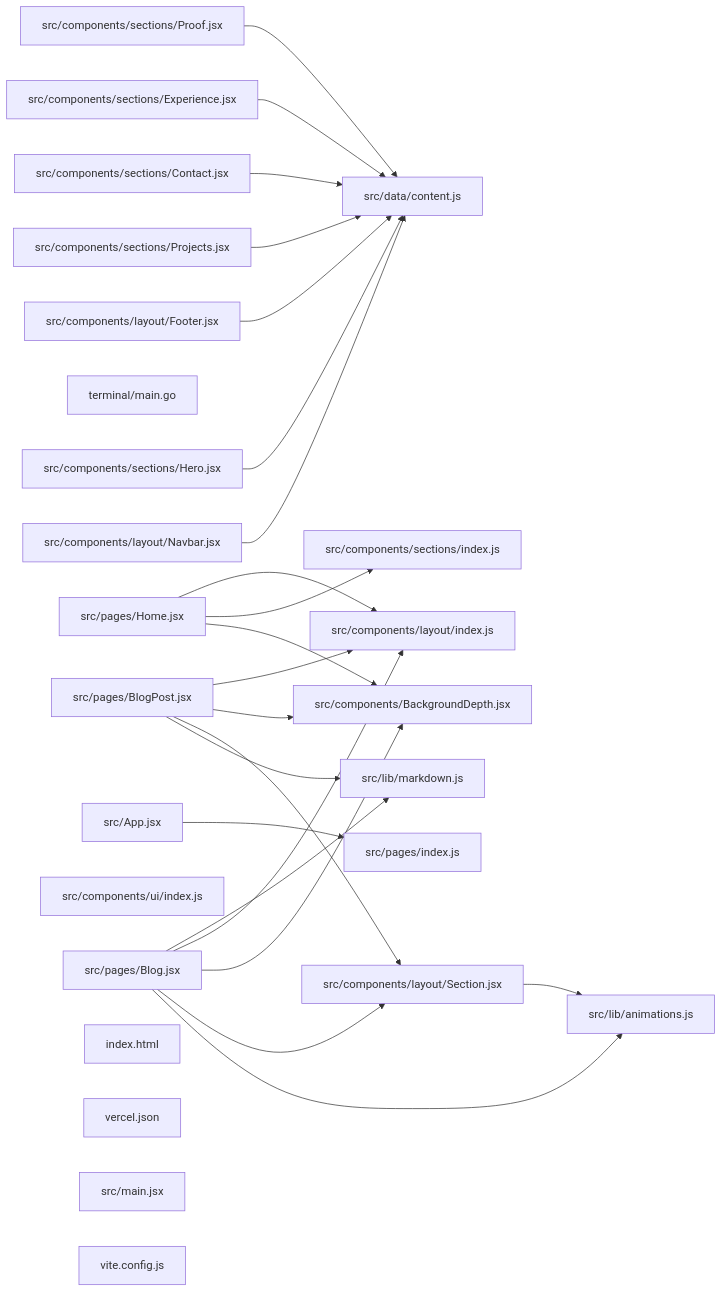
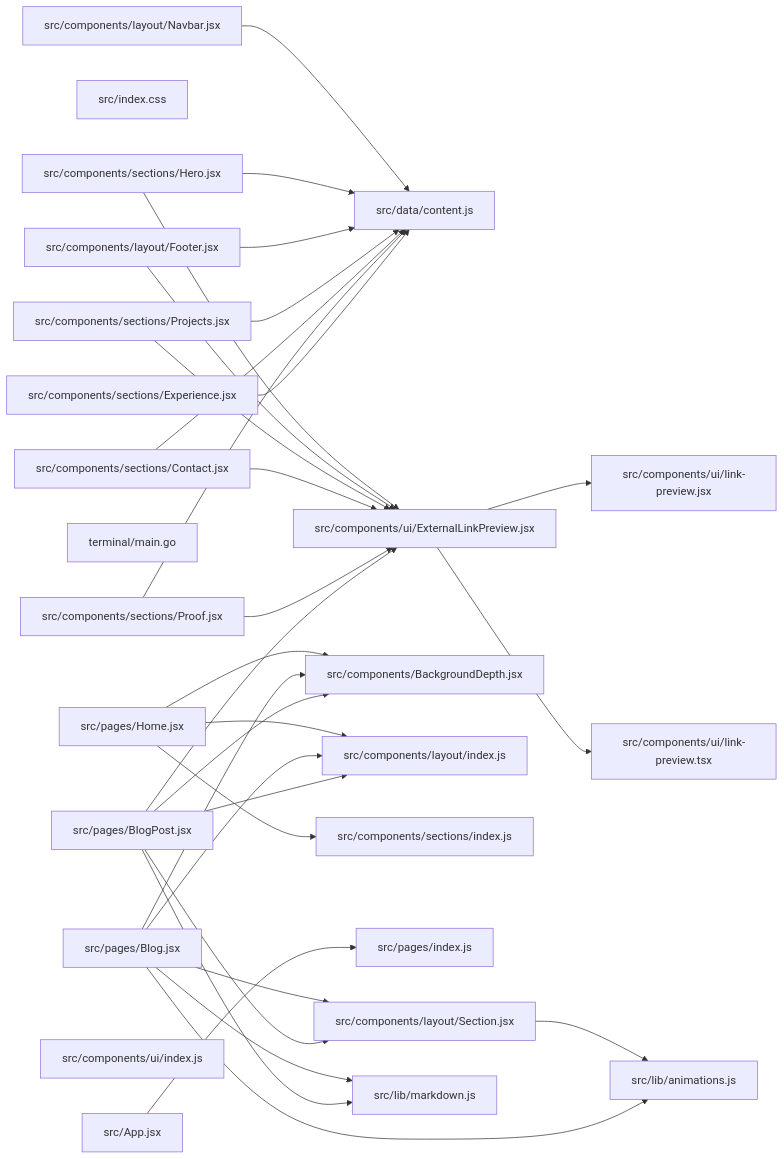
The diagram in CONTEXT.md (hey-granth/granth), drawn with Mermaid before and after one commit. The commit also changed other lines of this file and 3 other files, not shown here.

````diff
--- a/CONTEXT.md
+++ b/CONTEXT.md
@@ -228,49 +258,57 @@
 ```mermaid
 graph LR
     f0["src/data/content.js"]
     f1["src/components/layout/Navbar.jsx"]
-    f2["src/components/sections/Hero.jsx"]
-    f3["src/components/layout/Footer.jsx"]
-    f4["src/components/BackgroundDepth.jsx"]
-    f5["src/lib/animations.js"]
-    f6["src/components/sections/index.js"]
-    f7["src/components/layout/index.js"]
-    f8["src/pages/index.js"]
-    f9["src/components/sections/Projects.jsx"]
-    f10["src/components/sections/Contact.jsx"]
-    f11["src/components/layout/Section.jsx"]
-    f12["src/lib/markdown.js"]
-    f13["terminal/main.go"]
-    f14["src/pages/Home.jsx"]
-    f15["src/pages/Blog.jsx"]
-    f16["src/pages/BlogPost.jsx"]
+    f2["src/index.css"]
+    f3["src/components/ui/ExternalLinkPreview.jsx"]
+    f4["src/components/sections/Hero.jsx"]
+    f5["src/components/layout/Footer.jsx"]
+    f6["src/lib/animations.js"]
+    f7["src/components/BackgroundDepth.jsx"]
+    f8["src/components/layout/index.js"]
+    f9["src/components/sections/index.js"]
+    f10["src/components/sections/Projects.jsx"]
+    f11["src/components/sections/Contact.jsx"]
+    f12["src/pages/index.js"]
+    f13["src/components/layout/Section.jsx"]
+    f14["src/lib/markdown.js"]
+    f15["src/components/sections/Proof.jsx"]
+    f16["terminal/main.go"]
     f17["src/components/sections/Experience.jsx"]
-    f18["src/components/sections/Proof.jsx"]
-    f19["src/components/ui/index.js"]
-    f20["src/App.jsx"]
-    f21["index.html"]
-    f22["vercel.json"]
-    f23["src/main.jsx"]
-    f24["vite.config.js"]
+    f18["src/pages/Home.jsx"]
+    f19["src/pages/Blog.jsx"]
+    f20["src/pages/BlogPost.jsx"]
+    f21["src/components/ui/link-preview.jsx"]
+    f22["src/components/ui/link-preview.tsx"]
+    f23["src/components/ui/index.js"]
+    f24["src/App.jsx"]
     f1 --> f0
-    f2 --> f0
-    f3 --> f0
-    f9 --> f0
+    f3 --> f21
+    f3 --> f22
+    f4 --> f3
+    f4 --> f0
+    f5 --> f3
+    f5 --> f0
+    f10 --> f3
     f10 --> f0
-    f11 --> f5
-    f14 --> f4
-    f14 --> f6
-    f14 --> f7
-    f15 --> f5
-    f15 --> f11
-    f15 --> f4
-    f15 --> f7
-    f15 --> f12
-    f16 --> f12
-    f16 --> f11
-    f16 --> f4
-    f16 --> f7
+    f11 --> f3
+    f11 --> f0
+    f13 --> f6
+    f15 --> f3
+    f15 --> f0
     f17 --> f0
-    f18 --> f0
+    f18 --> f7
+    f18 --> f9
+    f18 --> f8
+    f19 --> f6
+    f19 --> f13
+    f19 --> f7
+    f19 --> f8
+    f19 --> f14
+    f20 --> f3
+    f20 --> f14
+    f20 --> f13
+    f20 --> f7
     f20 --> f8
+    f24 --> f12
 ```
````
